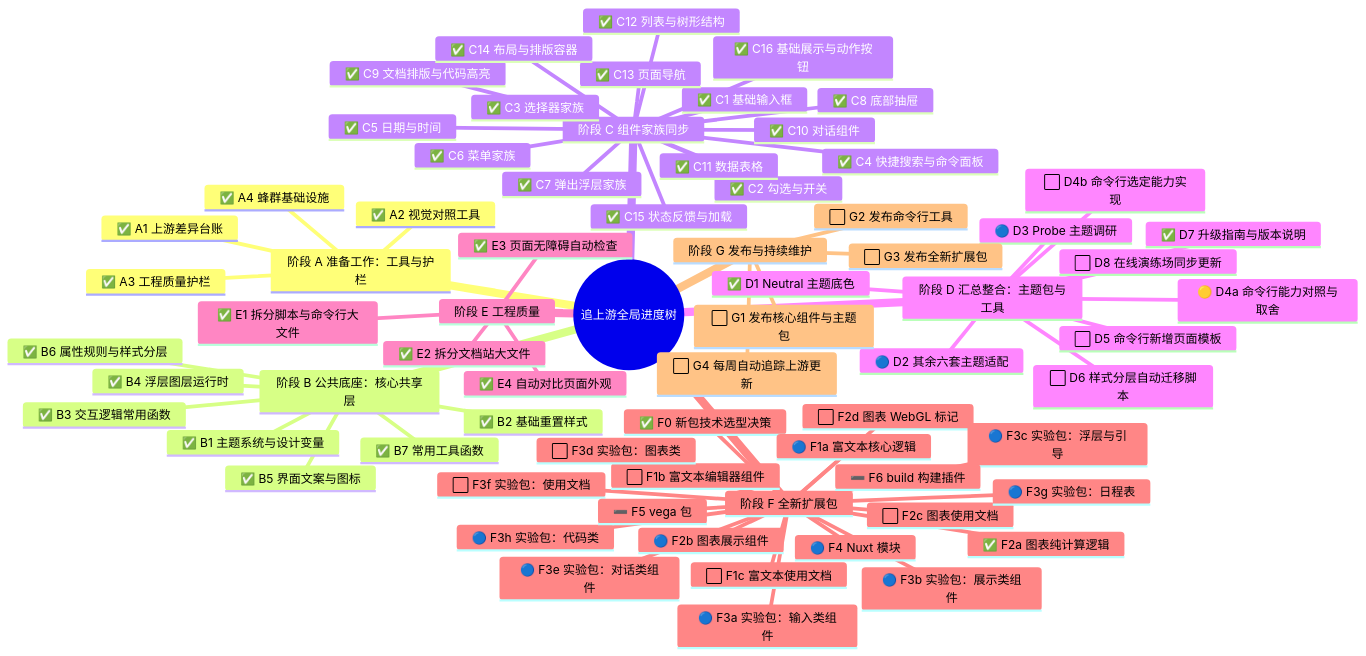
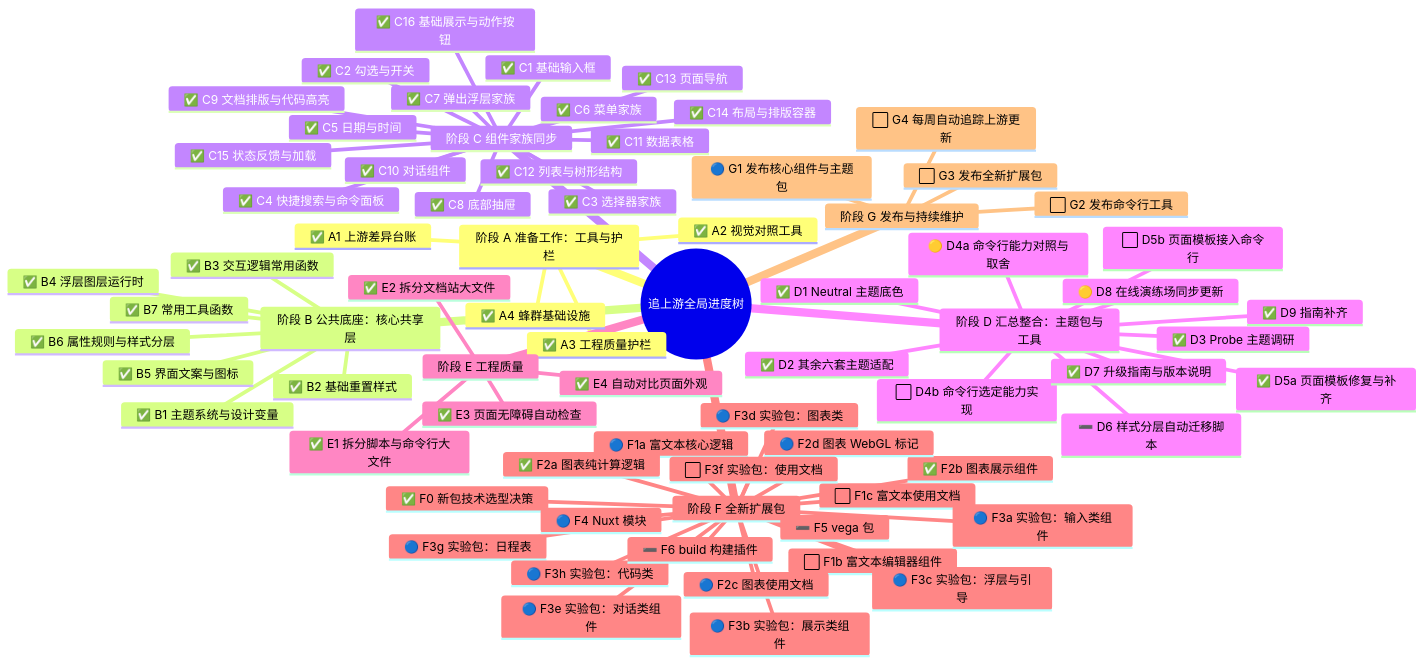
The first of 6 diagrams in .agents-work/upstream-sync-0.7.1/ROADMAP.md (astryx-vue/astryx-vue), drawn with Mermaid before and after one commit. The commit also changed other lines of this file and 17 other files, not shown here.

````diff
--- a/.agents-work/upstream-sync-0.7.1/ROADMAP.md
+++ b/.agents-work/upstream-sync-0.7.1/ROADMAP.md
@@ -8,74 +8,76 @@
 ```mermaid
 mindmap
   root((追上游全局进度树))
     阶段 A 准备工作：工具与护栏
       ✅ A1 上游差异台账
       ✅ A2 视觉对照工具
       ✅ A3 工程质量护栏
       ✅ A4 蜂群基础设施
     阶段 B 公共底座：核心共享层
       ✅ B1 主题系统与设计变量
       ✅ B2 基础重置样式
       ✅ B3 交互逻辑常用函数
       ✅ B4 浮层图层运行时
       ✅ B5 界面文案与图标
       ✅ B6 属性规则与样式分层
       ✅ B7 常用工具函数
     阶段 C 组件家族同步
       ✅ C1 基础输入框
       ✅ C2 勾选与开关
       ✅ C3 选择器家族
       ✅ C4 快捷搜索与命令面板
       ✅ C5 日期与时间
       ✅ C6 菜单家族
       ✅ C7 弹出浮层家族
       ✅ C8 底部抽屉
       ✅ C9 文档排版与代码高亮
       ✅ C10 对话组件
       ✅ C11 数据表格
       ✅ C12 列表与树形结构
       ✅ C13 页面导航
       ✅ C14 布局与排版容器
       ✅ C15 状态反馈与加载
       ✅ C16 基础展示与动作按钮
     阶段 D 汇总整合：主题包与工具
       ✅ D1 Neutral 主题底色
-      🔵 D2 其余六套主题适配
-      🔵 D3 Probe 主题调研
+      ✅ D2 其余六套主题适配
+      ✅ D3 Probe 主题调研
       🟡 D4a 命令行能力对照与取舍
       ⬜ D4b 命令行选定能力实现
-      ⬜ D5 命令行新增页面模板
-      ⬜ D6 样式分层自动迁移脚本
+      ✅ D5a 页面模板修复与补齐
+      ⬜ D5b 页面模板接入命令行
+      ➖ D6 样式分层自动迁移脚本
       ✅ D7 升级指南与版本说明
-      ⬜ D8 在线演练场同步更新
+      🟡 D8 在线演练场同步更新
+      ✅ D9 指南补齐
     阶段 E 工程质量
       ✅ E1 拆分脚本与命令行大文件
       ✅ E2 拆分文档站大文件
       ✅ E3 页面无障碍自动检查
       ✅ E4 自动对比页面外观
     阶段 F 全新扩展包
       ✅ F0 新包技术选型决策
       🔵 F1a 富文本核心逻辑
       ⬜ F1b 富文本编辑器组件
       ⬜ F1c 富文本使用文档
       ✅ F2a 图表纯计算逻辑
-      🔵 F2b 图表展示组件
-      ⬜ F2c 图表使用文档
-      ⬜ F2d 图表 WebGL 标记
+      ✅ F2b 图表展示组件
+      🔵 F2c 图表使用文档
+      🔵 F2d 图表 WebGL 标记
       🔵 F3a 实验包：输入类组件
       🔵 F3b 实验包：展示类组件
       🔵 F3g 实验包：日程表
       🔵 F3c 实验包：浮层与引导
-      ⬜ F3d 实验包：图表类
+      🔵 F3d 实验包：图表类
       🔵 F3h 实验包：代码类
       🔵 F3e 实验包：对话类组件
       ⬜ F3f 实验包：使用文档
       🔵 F4 Nuxt 模块
       ➖ F5 vega 包
       ➖ F6 build 构建插件
     阶段 G 发布与持续维护
-      ⬜ G1 发布核心组件与主题包
+      🔵 G1 发布核心组件与主题包
       ⬜ G2 发布命令行工具
       ⬜ G3 发布全新扩展包
       ⬜ G4 每周自动追踪上游更新
 ```
````
